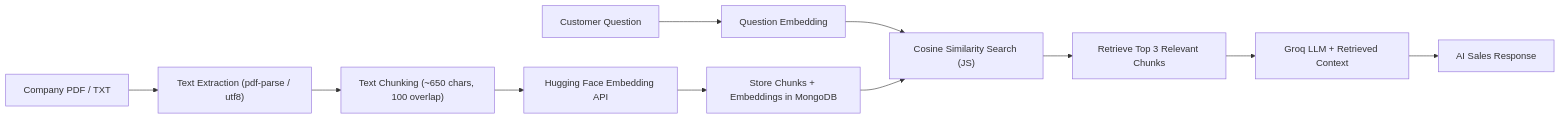
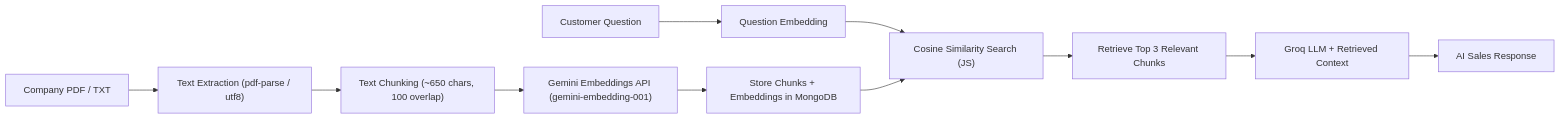
One commit to vishal1238/VoxLead-AI changed the second of 2 diagrams in README.md. Above: the diagram before and after it, drawn with Mermaid. The commit also changed other lines of this file and 5 other files, not shown here.

````diff
--- a/README.md
+++ b/README.md
@@ -59,13 +59,13 @@
 ```mermaid
 flowchart LR
     DOC["Company PDF / TXT"] --> EXT["Text Extraction (pdf-parse / utf8)"]
     EXT --> CHK["Text Chunking (~650 chars, 100 overlap)"]
-    CHK --> EMB["Hugging Face Embedding API"]
+    CHK --> EMB["Gemini Embeddings API (gemini-embedding-001)"]
     EMB --> STORE["Store Chunks + Embeddings in MongoDB"]
     Q["Customer Question"] --> QEMB["Question Embedding"]
     QEMB --> COS["Cosine Similarity Search (JS)"]
     STORE --> COS
     COS --> TOP3["Retrieve Top 3 Relevant Chunks"]
     TOP3 --> LLM["Groq LLM + Retrieved Context"]
     LLM --> ANS["AI Sales Response"]
 ```
````
